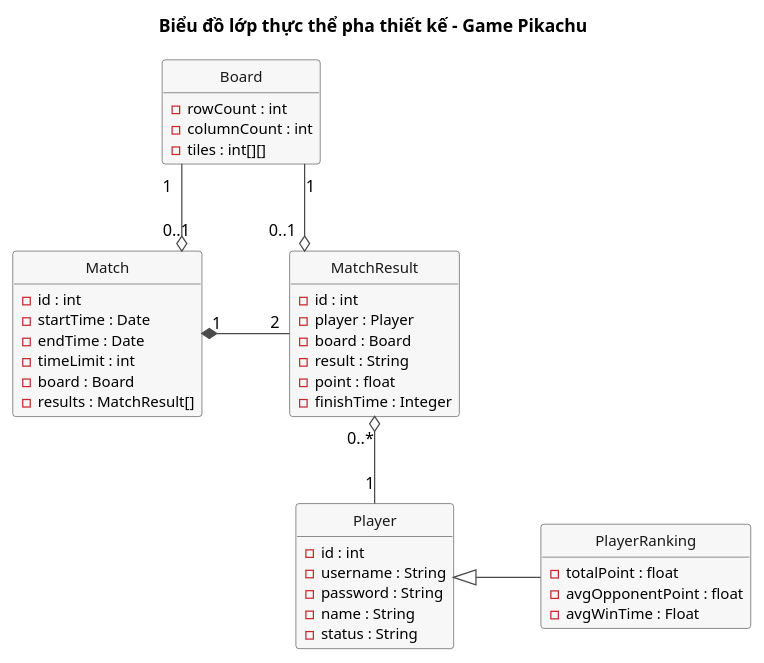
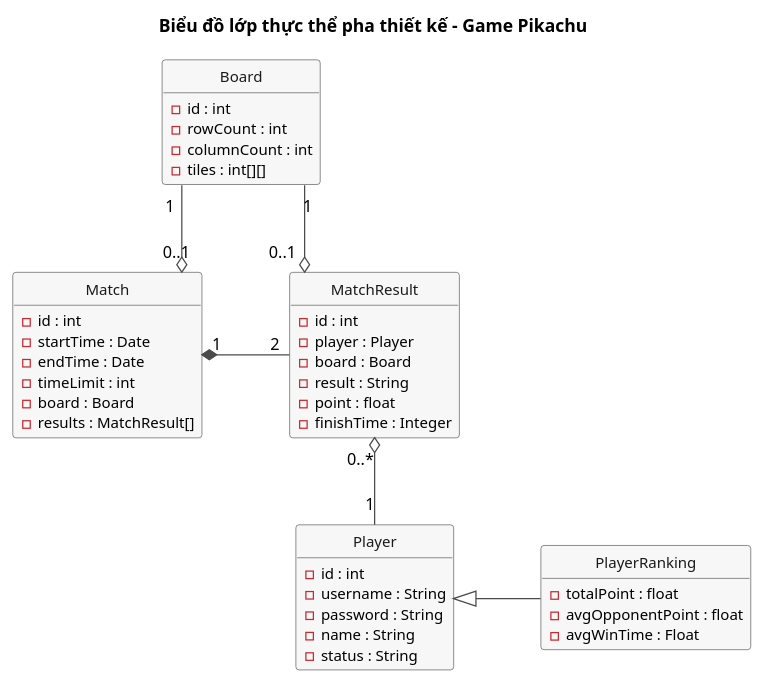
One commit to VattenL/mobile-pikachu changed the diagram in docs/uml/pha3/class-design-entity.puml. Above: the diagram before and after it, drawn with PlantUML. The commit also changed 23 other files, not shown here.

```diff
--- a/docs/uml/pha3/class-design-entity.puml
+++ b/docs/uml/pha3/class-design-entity.puml
@@ -1,62 +1,63 @@
 @startuml class-design-entity
 title Biểu đồ lớp thực thể pha thiết kế - Game Pikachu
 
 hide circle
 hide methods
 skinparam shadowing false
 skinparam linetype ortho
 skinparam nodesep 70
 skinparam ranksep 70
 skinparam classFontSize 14
 skinparam classAttributeFontSize 12
 skinparam class {
   BackgroundColor #F7F7F7
   BorderColor #4A4A4A
   ArrowColor #4A4A4A
   FontColor #1A1A1A
 }
 
 class Player {
   - id : int
   - username : String
   - password : String
   - name : String
   - status : String
 }
 
 class PlayerRanking {
   - totalPoint : float
   - avgOpponentPoint : float
   - avgWinTime : Float
 }
 
 class Match {
   - id : int
   - startTime : Date
   - endTime : Date
   - timeLimit : int
   - board : Board
   - results : MatchResult[]
 }
 
 class MatchResult {
   - id : int
   - player : Player
   - board : Board
   - result : String
   - point : float
   - finishTime : Integer
 }
 
 class Board {
+  - id : int
   - rowCount : int
   - columnCount : int
   - tiles : int[][]
 }
 
 Board "1" -down-o "0..1" Match
 Board "1" -right-o "0..1" MatchResult
 Match "1" *-right- "2" MatchResult
 Player "1" -up-o "0..*" MatchResult
 PlayerRanking -left-|> Player
 @enduml
```
